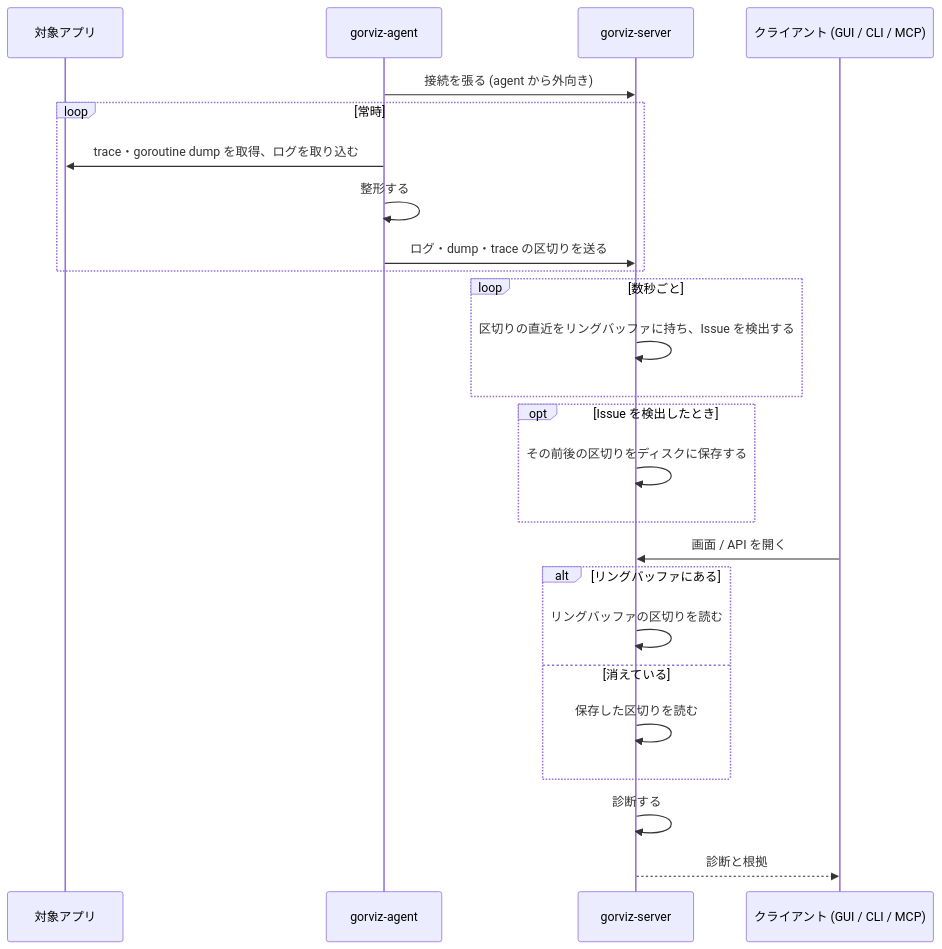
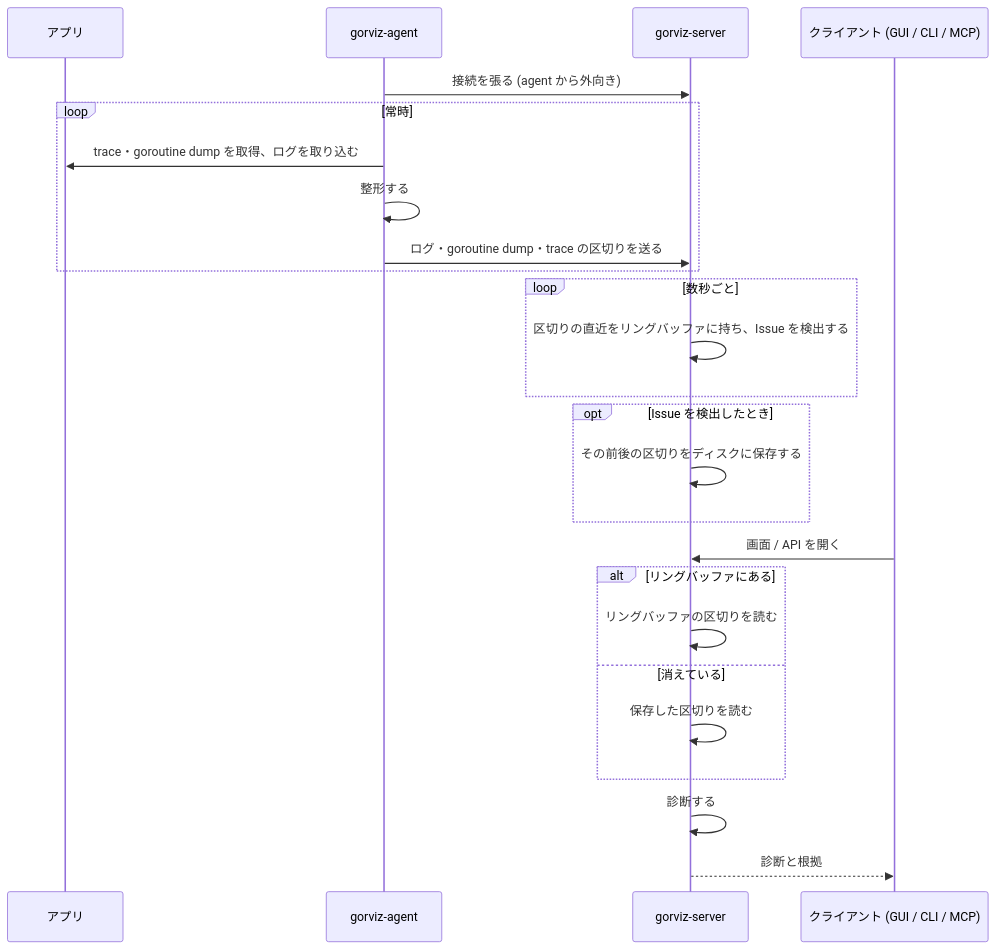
Before and after one commit to kakkky/gorviz: the fourth of 4 diagrams in docs/design.md, drawn with Mermaid. The commit also changed other lines of this file, not shown here.

Commit message:
docs: reorganize the design into overview, motivation, architecture and per-component specs, and collect logs from files, TCP/UDP and journald the way Datadog does

````diff
--- a/docs/design.md
+++ b/docs/design.md
@@ -149,28 +184,28 @@
 ```mermaid
 sequenceDiagram
-    participant T as 対象アプリ
+    participant T as アプリ
     participant A as gorviz-agent
     participant S as gorviz-server
     participant C as クライアント (GUI / CLI / MCP)
 
     A->>S: 接続を張る (agent から外向き)
     loop 常時
         A->>T: trace・goroutine dump を取得、ログを取り込む
         A->>A: 整形する
-        A->>S: ログ・dump・trace の区切りを送る
+        A->>S: ログ・goroutine dump・trace の区切りを送る
     end
     loop 数秒ごと
         S->>S: 区切りの直近をリングバッファに持ち、Issue を検出する
     end
     opt Issue を検出したとき
         S->>S: その前後の区切りをディスクに保存する
     end
     C->>S: 画面 / API を開く
     alt リングバッファにある
         S->>S: リングバッファの区切りを読む
     else 消えている
         S->>S: 保存した区切りを読む
     end
     S->>S: 診断する
     S-->>C: 診断と根拠
 ```
````
